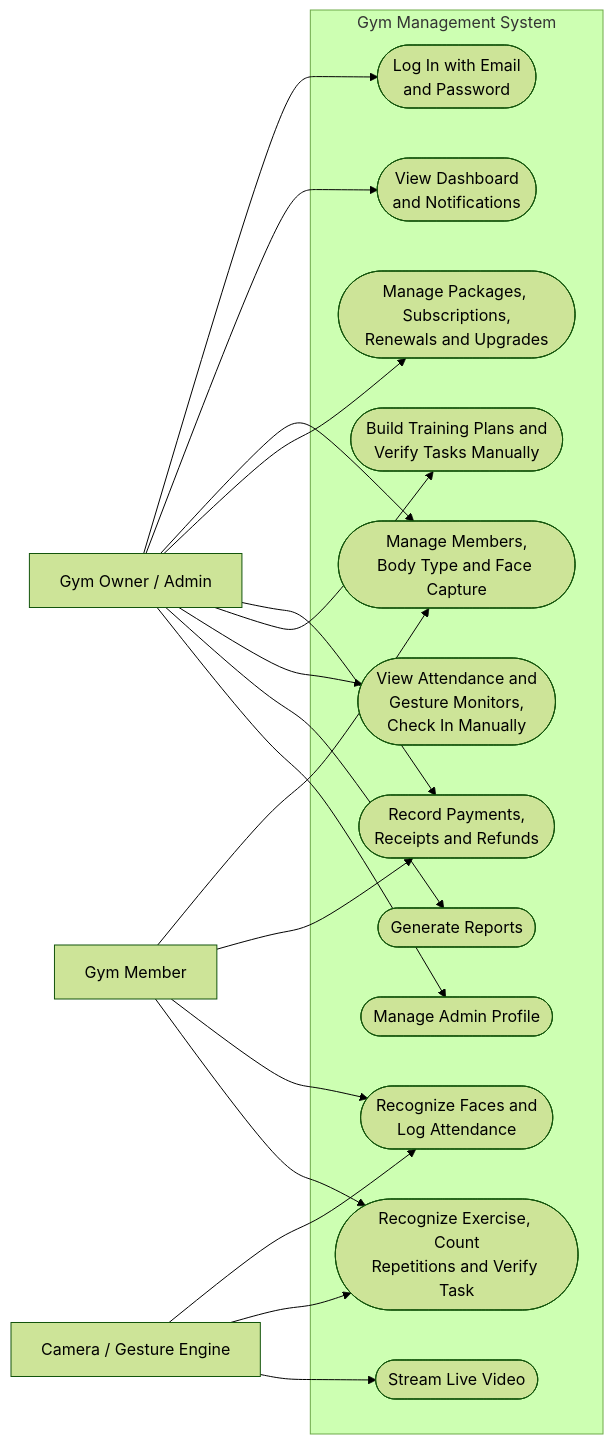
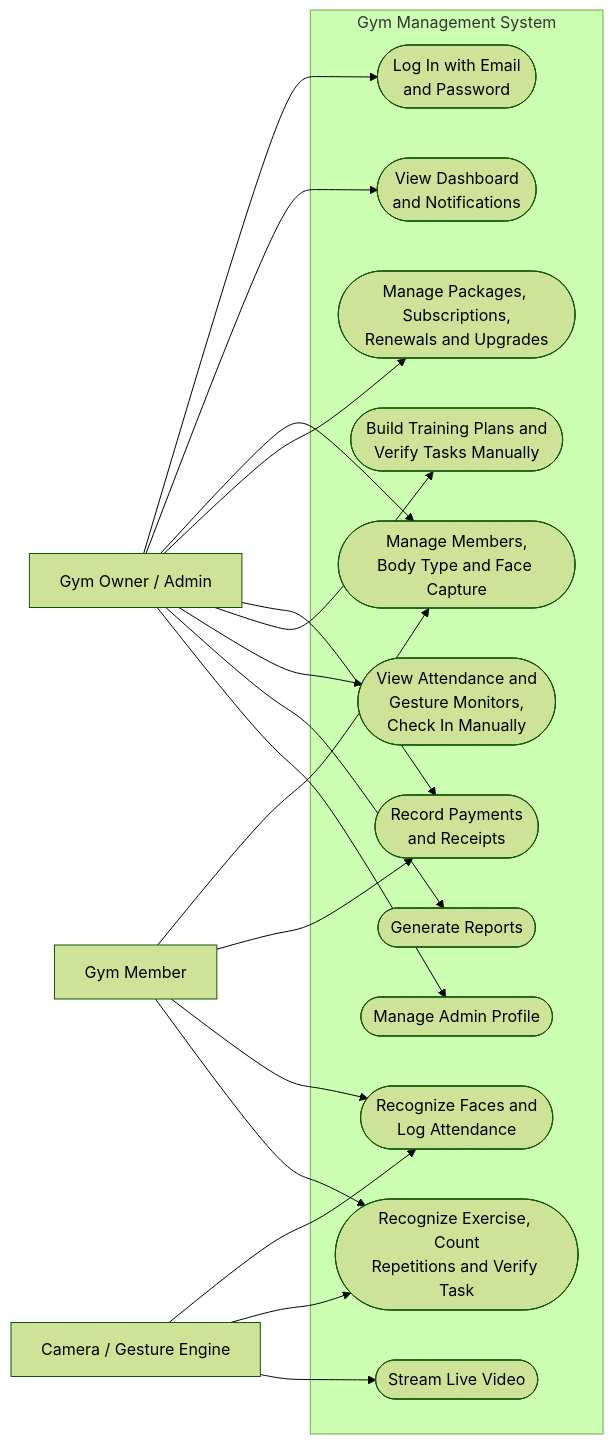
One commit to Plonteras191/GYM2-CAPSTONE changed the fourth of 7 diagrams in DOCUMENTATION/Product Requirements Documents/System diagrams/System Diagrams.md. Above: the diagram before and after it, drawn with Mermaid (forest theme). The commit also changed other lines of this file and 26 other files, not shown here.

````diff
--- a/DOCUMENTATION/Product Requirements Documents/System diagrams/System Diagrams.md
+++ b/DOCUMENTATION/Product Requirements Documents/System diagrams/System Diagrams.md
@@ -219,40 +224,40 @@
 ```mermaid
 flowchart LR
     Admin["Gym Owner / Admin"]
     Camera["Camera / Gesture Engine"]
     Member["Gym Member"]
 
     subgraph Boundary ["Gym Management System"]
         UC1(["Log In with Email<br/>and Password"])
         UC2(["View Dashboard<br/>and Notifications"])
         UC3(["Manage Members,<br/>Body Type and Face Capture"])
         UC4(["Manage Packages, Subscriptions,<br/>Renewals and Upgrades"])
-        UC5(["Record Payments,<br/>Receipts and Refunds"])
+        UC5(["Record Payments<br/>and Receipts"])
         UC6(["Build Training Plans and<br/>Verify Tasks Manually"])
         UC7(["View Attendance and<br/>Gesture Monitors,<br/>Check In Manually"])
         UC8(["Generate Reports"])
         UC9(["Manage Admin Profile"])
         UC10(["Recognize Faces and<br/>Log Attendance"])
         UC11(["Recognize Exercise, Count<br/>Repetitions and Verify Task"])
         UC12(["Stream Live Video"])
     end
 
     Admin --> UC1
     Admin --> UC2
     Admin --> UC3
     Admin --> UC4
     Admin --> UC5
     Admin --> UC6
     Admin --> UC7
     Admin --> UC8
     Admin --> UC9
 
     Camera --> UC10
     Camera --> UC11
     Camera --> UC12
 
     Member --> UC3
     Member --> UC5
     Member --> UC10
     Member --> UC11
 ```
````
